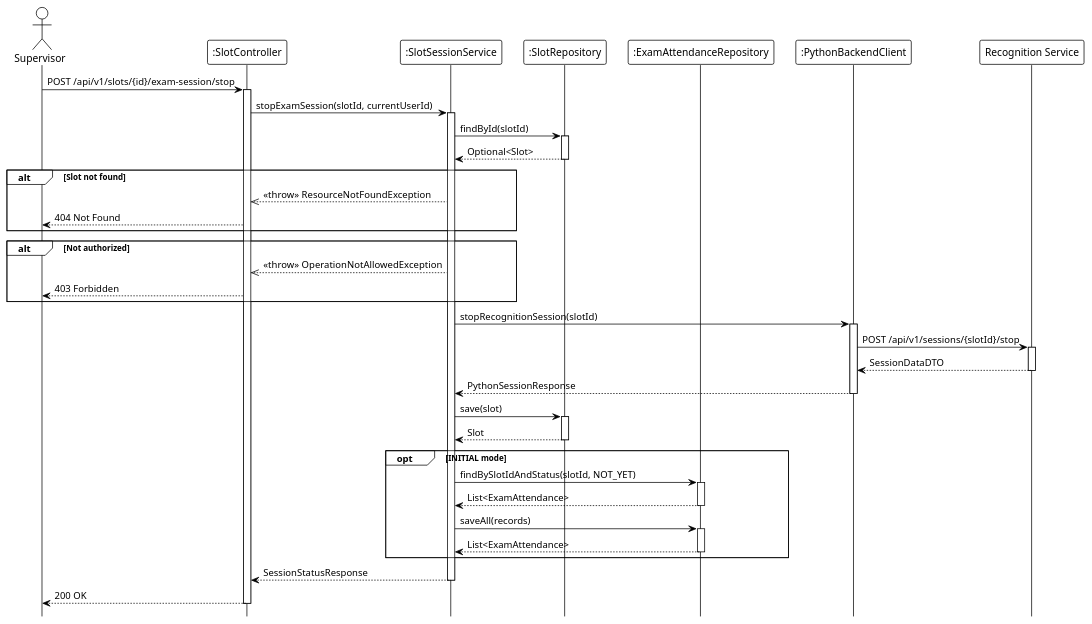
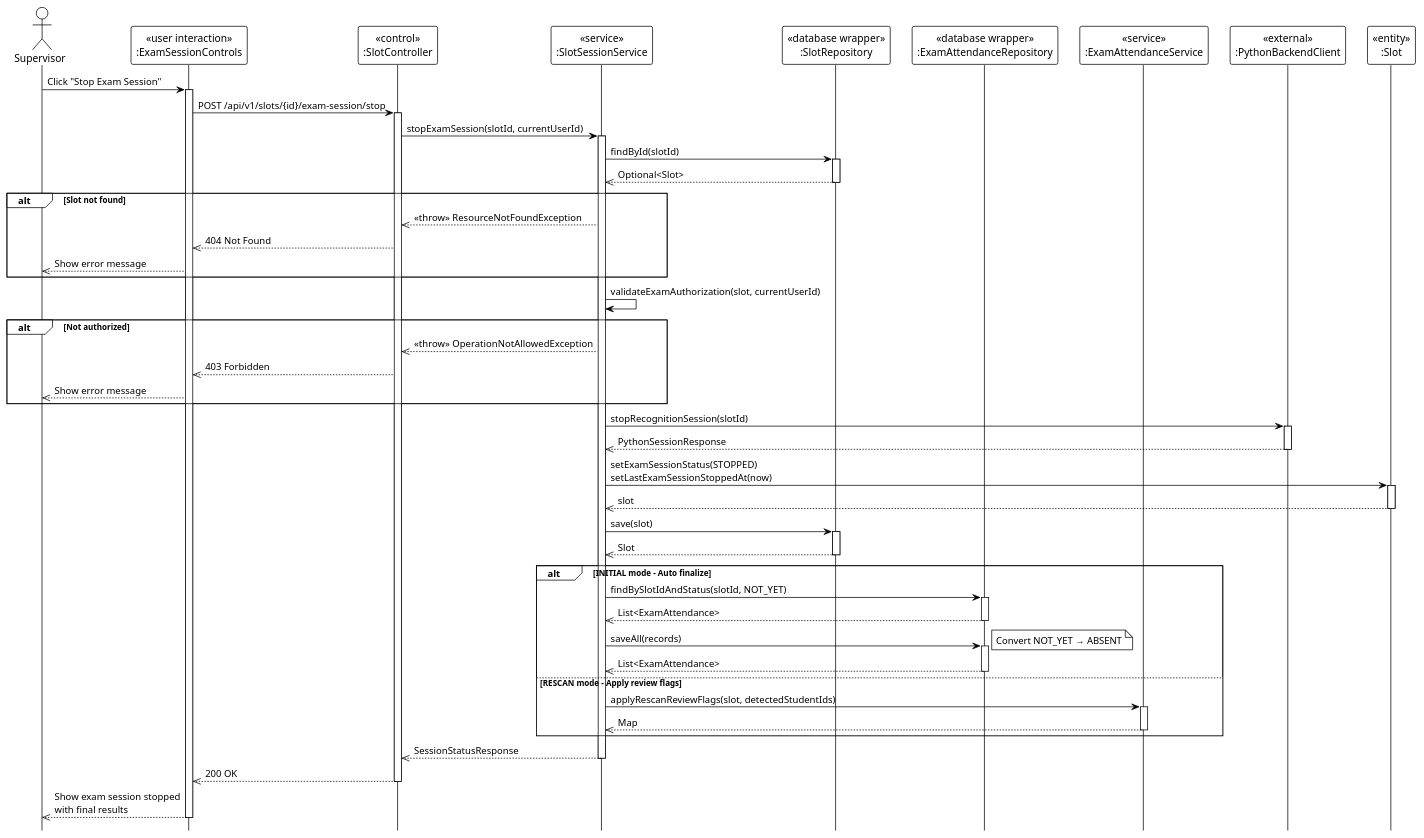
The diagram in system_detailed_design/84_stop_exam_scanning_session/sequence_diagram_stop_exam_scanning_session.puml (Ndh474/context), drawn with PlantUML before and after one commit. The commit also changed 13 other files, not shown here.

Commit message:
docs(system_detailed_design): add UML stereotypes to view and scanning sequence diagrams

```diff
--- a/system_detailed_design/84_stop_exam_scanning_session/sequence_diagram_stop_exam_scanning_session.puml
+++ b/system_detailed_design/84_stop_exam_scanning_session/sequence_diagram_stop_exam_scanning_session.puml
@@ -1,80 +1,92 @@
 @startuml stop_exam_scanning_session
 !theme plain
 hide footbox
 
-actor Supervisor
-participant ":SlotController" as Controller
-participant ":SlotSessionService" as Service
-participant ":SlotRepository" as SlotRepo
-participant ":ExamAttendanceRepository" as ExamAttendanceRepo
-participant ":PythonBackendClient" as PythonClient
-participant "Recognition Service" as RecognitionService
+actor "Supervisor" as Supervisor
 
-' --- MAIN FLOW ---
-Supervisor -> Controller: POST /api/v1/slots/{id}/exam-session/stop
+participant "«user interaction»\n:ExamSessionControls" as UI
+participant "«control»\n:SlotController" as Controller
+participant "«service»\n:SlotSessionService" as Service
+participant "«database wrapper»\n:SlotRepository" as SlotRepo
+participant "«database wrapper»\n:ExamAttendanceRepository" as ExamAttendanceRepo
+participant "«service»\n:ExamAttendanceService" as ExamAttendanceService
+participant "«external»\n:PythonBackendClient" as PythonClient
+participant "«entity»\n:Slot" as Entity
+
+' === MAIN FLOW ===
+Supervisor -> UI: Click "Stop Exam Session"
+activate UI
+
+UI -> Controller: POST /api/v1/slots/{id}/exam-session/stop
 activate Controller
 
 Controller -> Service: stopExamSession(slotId, currentUserId)
 activate Service
 
+' === FIND SLOT ===
 Service -> SlotRepo: findById(slotId)
 activate SlotRepo
-
-SlotRepo --> Service: Optional<Slot>
+SlotRepo -->> Service: Optional<Slot>
 deactivate SlotRepo
 
 alt Slot not found
     Service -->> Controller: <<throw>> ResourceNotFoundException
-    Controller --> Supervisor: 404 Not Found
+    Controller -->> UI: 404 Not Found
+    UI -->> Supervisor: Show error message
 end
 
-' Validation logic (internal: authorization)
+' === VALIDATION ===
+Service -> Service: validateExamAuthorization(slot, currentUserId)
 
 alt Not authorized
     Service -->> Controller: <<throw>> OperationNotAllowedException
-    Controller --> Supervisor: 403 Forbidden
+    Controller -->> UI: 403 Forbidden
+    UI -->> Supervisor: Show error message
 end
 
-' Call Python to stop exam session
+' === CALL PYTHON TO STOP ===
 Service -> PythonClient: stopRecognitionSession(slotId)
 activate PythonClient
-
-PythonClient -> RecognitionService: POST /api/v1/sessions/{slotId}/stop
-activate RecognitionService
-
-RecognitionService --> PythonClient: SessionDataDTO
-deactivate RecognitionService
-
-PythonClient --> Service: PythonSessionResponse
+PythonClient -->> Service: PythonSessionResponse
 deactivate PythonClient
 
-' Update slot exam session status
+' === UPDATE SLOT STATUS ===
+Service -> Entity: setExamSessionStatus(STOPPED)\nsetLastExamSessionStoppedAt(now)
+activate Entity
+Entity -->> Service: slot
+deactivate Entity
+
 Service -> SlotRepo: save(slot)
 activate SlotRepo
-
-SlotRepo --> Service: Slot
+SlotRepo -->> Service: Slot
 deactivate SlotRepo
 
-' Post-processing based on mode (internal: INITIAL → auto-finalize NOT_YET to ABSENT, RESCAN → apply review flags)
-
-opt INITIAL mode
+' === POST-PROCESSING ===
+alt INITIAL mode - Auto finalize
     Service -> ExamAttendanceRepo: findBySlotIdAndStatus(slotId, NOT_YET)
     activate ExamAttendanceRepo
-    
-    ExamAttendanceRepo --> Service: List<ExamAttendance>
+    ExamAttendanceRepo -->> Service: List<ExamAttendance>
     deactivate ExamAttendanceRepo
-    
+
     Service -> ExamAttendanceRepo: saveAll(records)
     activate ExamAttendanceRepo
-    
-    ExamAttendanceRepo --> Service: List<ExamAttendance>
+    note right: Convert NOT_YET → ABSENT
+    ExamAttendanceRepo -->> Service: List<ExamAttendance>
     deactivate ExamAttendanceRepo
+else RESCAN mode - Apply review flags
+    Service -> ExamAttendanceService: applyRescanReviewFlags(slot, detectedStudentIds)
+    activate ExamAttendanceService
+    ExamAttendanceService -->> Service: Map
+    deactivate ExamAttendanceService
 end
 
-Service --> Controller: SessionStatusResponse
+Service -->> Controller: SessionStatusResponse
 deactivate Service
 
-Controller --> Supervisor: 200 OK
+Controller -->> UI: 200 OK
 deactivate Controller
 
+UI -->> Supervisor: Show exam session stopped\nwith final results
+deactivate UI
+
 @enduml
```
